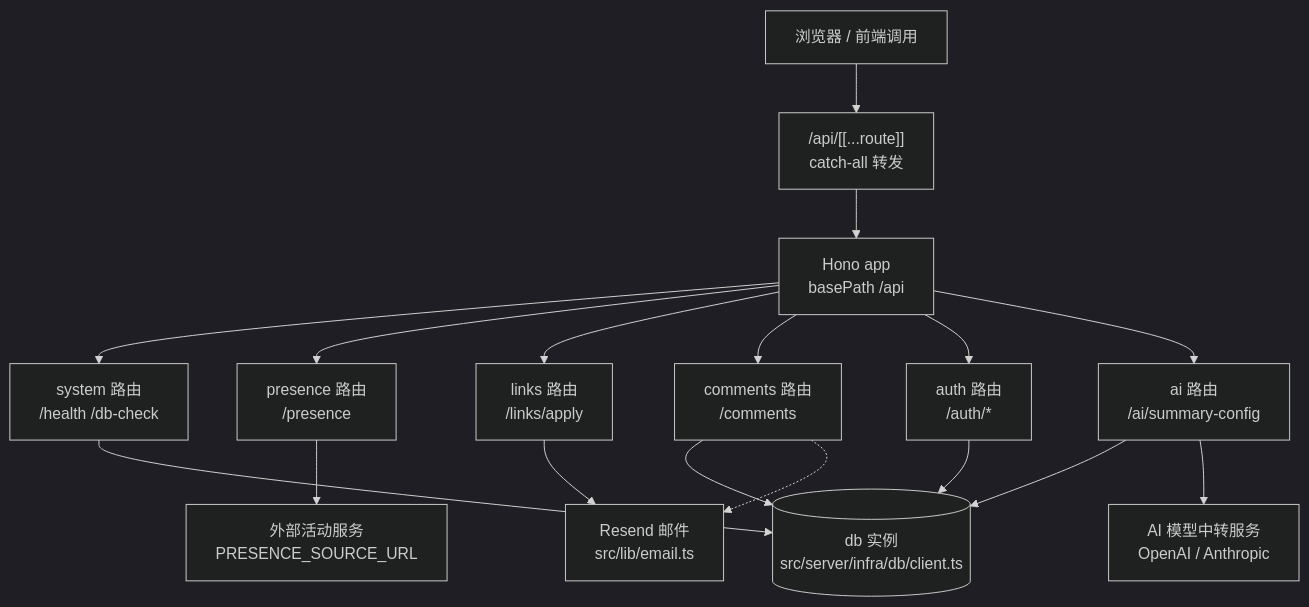
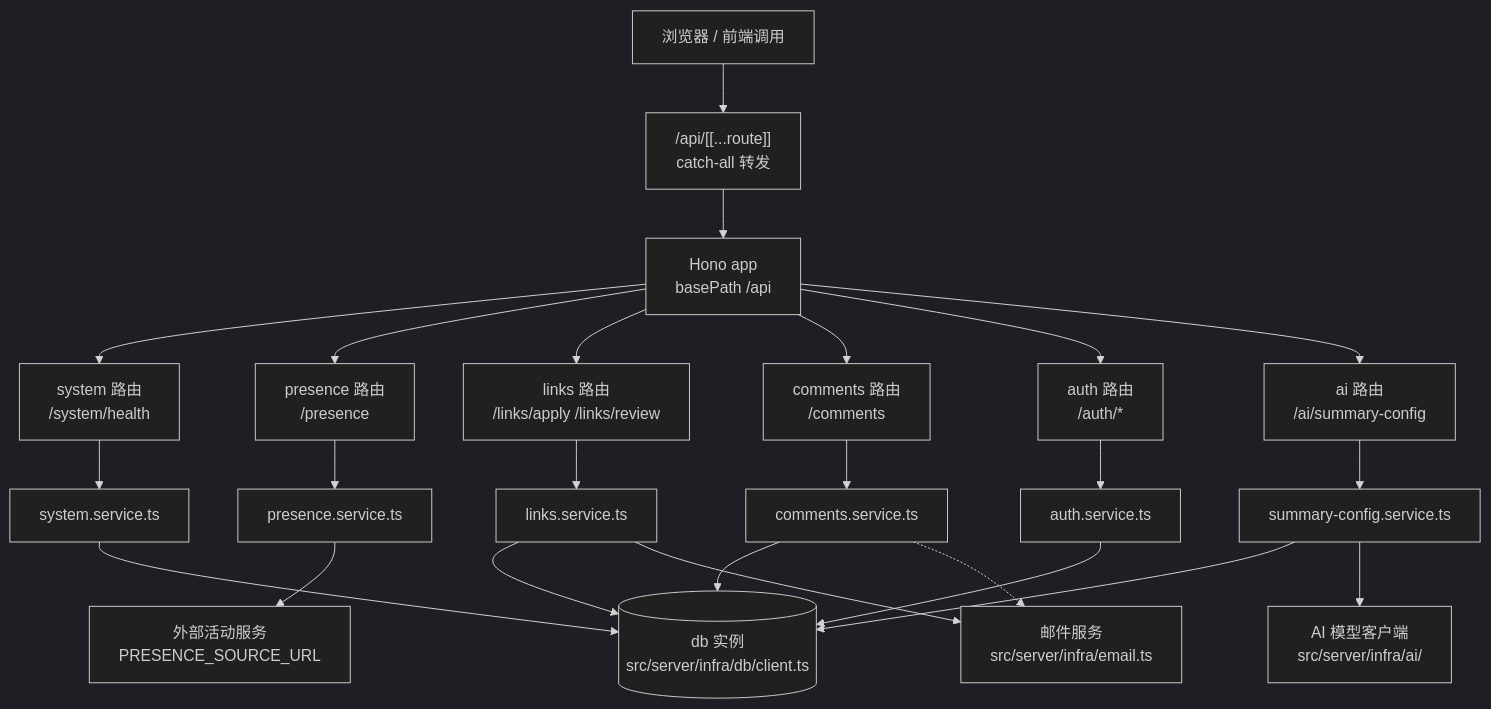
The diagram in .trellis/spec/backend/api-design-guidelines.md (xidongdong-153/blog), drawn with Mermaid before and after one commit. The commit also changed other lines of this file and 56 other files, not shown here.

````diff
--- a/.trellis/spec/backend/api-design-guidelines.md
+++ b/.trellis/spec/backend/api-design-guidelines.md
@@ -86,20 +76,27 @@
 ```mermaid
 %%{init: {"theme": "dark"}}%%
 flowchart TD
   B["浏览器 / 前端调用"] --> C["/api/[[...route]]<br/>catch-all 转发"]
   C --> H["Hono app<br/>basePath /api"]
-  H --> S["system 路由<br/>/health /db-check"]
+  H --> S["system 路由<br/>/system/health"]
   H --> P["presence 路由<br/>/presence"]
-  H --> L["links 路由<br/>/links/apply"]
+  H --> L["links 路由<br/>/links/apply /links/review"]
   H --> COM["comments 路由<br/>/comments"]
   H --> AUTH["auth 路由<br/>/auth/*"]
   H --> AI["ai 路由<br/>/ai/summary-config"]
-  S --> DB[("db 实例<br/>src/server/infra/db/client.ts")]
-  COM --> DB
-  AUTH --> DB
-  AI --> DB
-  P --> EXT["外部活动服务<br/>PRESENCE_SOURCE_URL"]
-  L --> MAIL["Resend 邮件<br/>src/lib/email.ts"]
-  COM -.-> MAIL
-  AI --> AISRV["AI 模型中转服务<br/>OpenAI / Anthropic"]
+  S --> SS["system.service.ts"]
+  P --> PS["presence.service.ts"]
+  L --> LS["links.service.ts"]
+  COM --> CS["comments.service.ts"]
+  AUTH --> AS["auth.service.ts"]
+  AI --> AIS["summary-config.service.ts"]
+  SS --> DB[("db 实例<br/>src/server/infra/db/client.ts")]
+  CS --> DB
+  AS --> DB
+  AIS --> DB
+  LS --> DB
+  PS --> EXT["外部活动服务<br/>PRESENCE_SOURCE_URL"]
+  LS --> MAIL["邮件服务<br/>src/server/infra/email.ts"]
+  CS -.-> MAIL
+  AIS --> AISRV["AI 模型客户端<br/>src/server/infra/ai/"]
 ```
````
